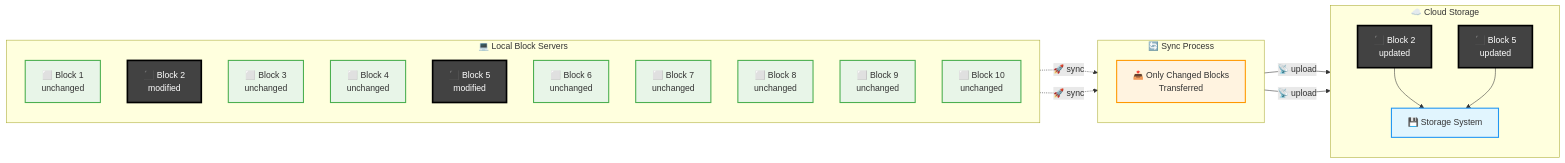
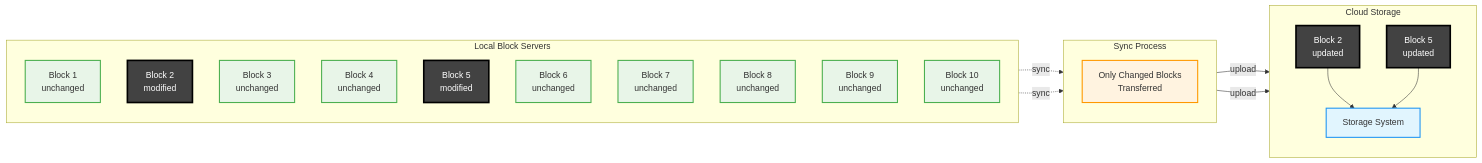
One commit to NalinDalal/system-design changed the third of 6 diagrams in 13.GoogleDrive.md. Above: the diagram before and after it, drawn with Mermaid. The commit also changed other lines of this file, not shown here.

Commit message:
google drive or cloud storage

````diff
--- a/13.GoogleDrive.md
+++ b/13.GoogleDrive.md
@@ -292,47 +292,47 @@
 ```mermaid
 graph LR
-    subgraph Local["💻 Local Block Servers"]
+    subgraph Local[" Local Block Servers"]
         direction TB
-        B1[⬜ Block 1<br/>unchanged]
-        B2[⬛ Block 2<br/>modified]
-        B3[⬜ Block 3<br/>unchanged]
-        B4[⬜ Block 4<br/>unchanged]
-        B5[⬛ Block 5<br/>modified]
-        B6[⬜ Block 6<br/>unchanged]
-        B7[⬜ Block 7<br/>unchanged]
-        B8[⬜ Block 8<br/>unchanged]
-        B9[⬜ Block 9<br/>unchanged]
-        B10[⬜ Block 10<br/>unchanged]
+        B1[ Block 1<br/>unchanged]
+        B2[ Block 2<br/>modified]
+        B3[ Block 3<br/>unchanged]
+        B4[ Block 4<br/>unchanged]
+        B5[ Block 5<br/>modified]
+        B6[ Block 6<br/>unchanged]
+        B7[ Block 7<br/>unchanged]
+        B8[ Block 8<br/>unchanged]
+        B9[ Block 9<br/>unchanged]
+        B10[ Block 10<br/>unchanged]
     end
 
-    subgraph Sync["🔄 Sync Process"]
+    subgraph Sync["Sync Process"]
         direction TB
-        ONLY[📤 Only Changed Blocks<br/>Transferred]
+        ONLY[ Only Changed Blocks<br/>Transferred]
     end
 
-    subgraph Remote["☁️ Cloud Storage"]
+    subgraph Remote[" Cloud Storage"]
         direction TB
-        R2[⬛ Block 2<br/>updated]
-        R5[⬛ Block 5<br/>updated]
-        CS[💾 Storage System]
+        R2[Block 2<br/>updated]
+        R5[Block 5<br/>updated]
+        CS[Storage System]
     end
 
-    B2 -.->|"🚀 sync"| ONLY
-    B5 -.->|"🚀 sync"| ONLY
+    B2 -.->|" sync"| ONLY
+    B5 -.->|" sync"| ONLY
 
-    ONLY -->|"📡 upload"| R2
-    ONLY -->|"📡 upload"| R5
+    ONLY -->|"upload"| R2
+    ONLY -->|"upload"| R5
 
     R2 --> CS
     R5 --> CS
 
     classDef unchanged fill:#e8f5e8,stroke:#4caf50,stroke-width:2px
     classDef modified fill:#424242,color:#ffffff,stroke:#000000,stroke-width:3px
     classDef sync fill:#fff3e0,stroke:#ff9800,stroke-width:2px
     classDef storage fill:#e1f5fe,stroke:#2196f3,stroke-width:2px
 
     class B1,B3,B4,B6,B7,B8,B9,B10 unchanged
     class B2,B5,R2,R5 modified
     class ONLY sync
     class CS storage
 ```
````
